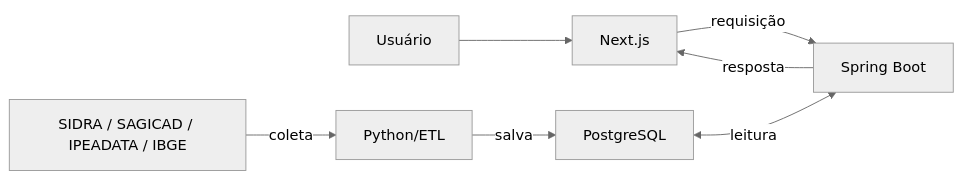
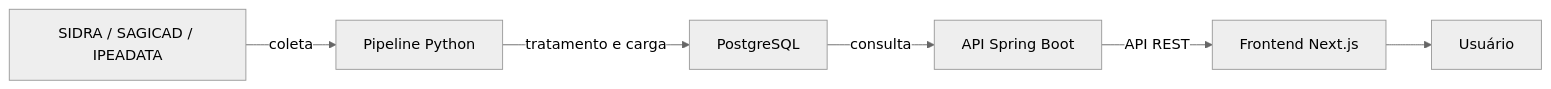
The diagram in README.md (GRUPO-NARA/mapa-social-do-maranhao), drawn with Mermaid (neutral theme) before and after one commit. The commit also changed other lines of this file and 5 other files, not shown here.

````diff
--- a/README.md
+++ b/README.md
@@ -131,16 +25,15 @@
 ```mermaid
 flowchart LR
-    A["Usuário"]
-    B["Next.js"]
-    C["Spring Boot"]
-    D["PostgreSQL"]
-    E["Python/ETL"]
-    F["SIDRA / SAGICAD / IPEADATA / IBGE"]
+    fontes["SIDRA / SAGICAD / IPEADATA"]
+    pipeline["Pipeline Python"]
+    banco["PostgreSQL"]
+    backend["API Spring Boot"]
+    frontend["Frontend Next.js"]
+    usuario["Usuário"]
 
-    A --> B
-    B --> |"requisição"| C
-    C --> |"resposta"| B
-    D <--> |"leitura"| C
-    E --> |"salva"| D
-    F --> |"coleta"| E
+    fontes -->|"coleta"| pipeline
+    pipeline -->|"tratamento e carga"| banco
+    banco -->|"consulta"| backend
+    backend -->|"API REST"| frontend
+    frontend --> usuario
 ```
````
